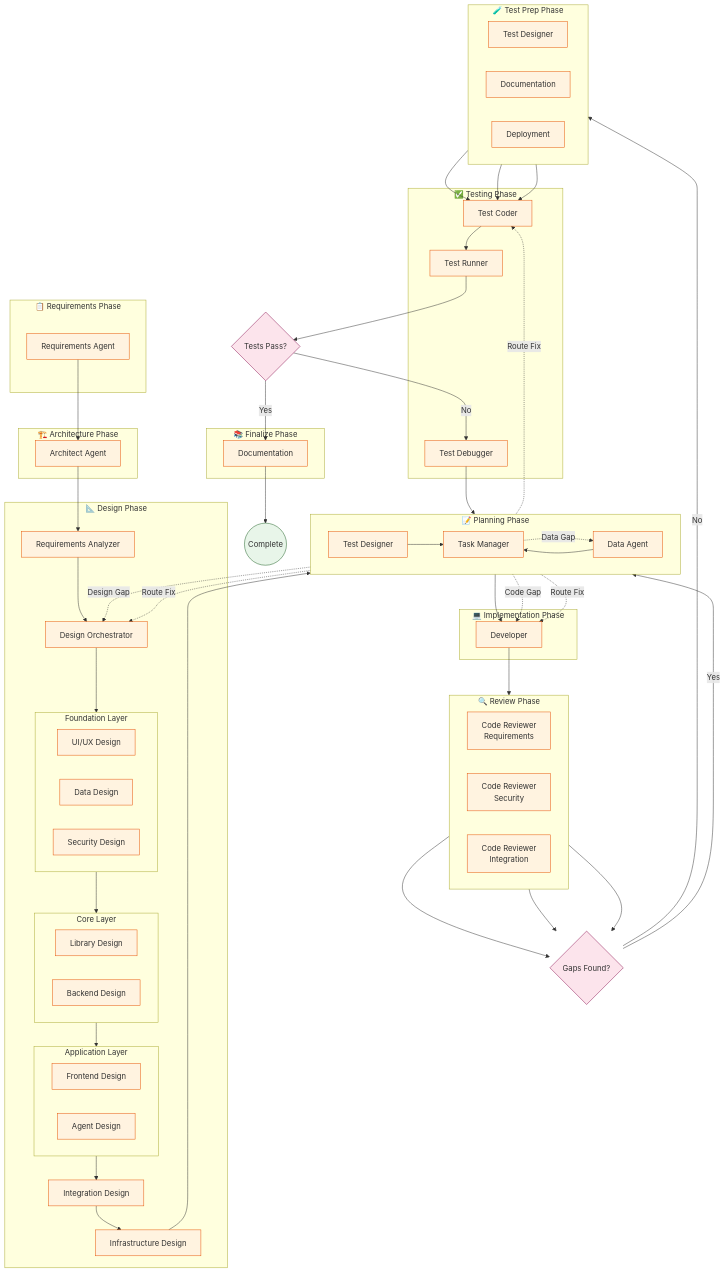
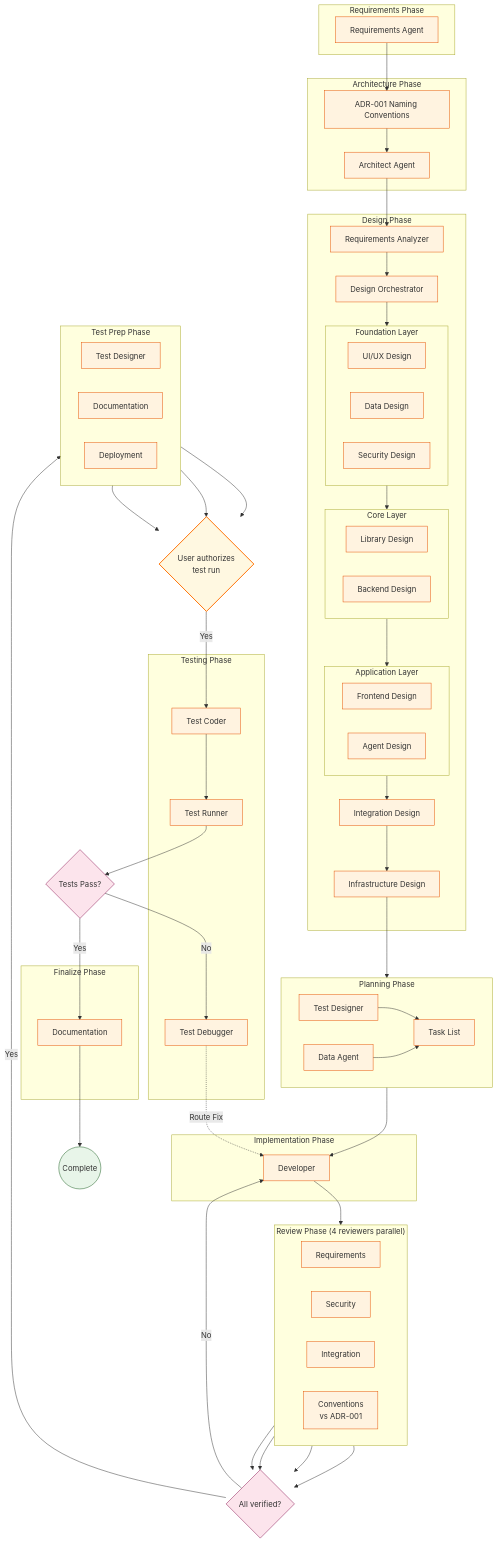
Before and after one commit to osok/claude-code-startup-large-projects: the diagram in README.md, drawn with Mermaid. The commit also changed other lines of this file and 41 other files, not shown here.

````diff
--- a/README.md
+++ b/README.md
@@ -275,14 +248,15 @@
 ```mermaid
 flowchart TB
-    subgraph Requirements["📋 Requirements Phase"]
+    subgraph Requirements["Requirements Phase"]
         REQ[Requirements Agent]
     end
 
-    subgraph Architecture["🏗️ Architecture Phase"]
+    subgraph Architecture["Architecture Phase"]
+        ADR1[ADR-001 Naming Conventions]
         ARCH[Architect Agent]
     end
 
-    subgraph Design["📐 Design Phase"]
+    subgraph Design["Design Phase"]
         RA[Requirements Analyzer]
         DO[Design Orchestrator]
 
@@ -309,43 +283,46 @@
         INFRA[Infrastructure Design]
     end
 
-    subgraph Planning["📝 Planning Phase"]
+    subgraph Planning["Planning Phase"]
         direction LR
         TD[Test Designer]
         DA[Data Agent]
-        TM[Task Manager]
+        TL[Task List]
     end
 
-    subgraph Implementation["💻 Implementation Phase"]
+    subgraph Implementation["Implementation Phase"]
         DEV[Developer]
     end
 
-    subgraph Review["🔍 Review Phase"]
+    subgraph Review["Review Phase (4 reviewers parallel)"]
         direction LR
-        CR_REQ[Code Reviewer<br/>Requirements]
-        CR_SEC[Code Reviewer<br/>Security]
-        CR_INT[Code Reviewer<br/>Integration]
+        CR_REQ[Requirements]
+        CR_SEC[Security]
+        CR_INT[Integration]
+        CR_CON[Conventions<br/>vs ADR-001]
     end
 
-    subgraph TestPrep["🧪 Test Prep Phase"]
+    subgraph TestPrep["Test Prep Phase"]
         direction LR
         TD2[Test Designer]
         DOC[Documentation]
         DEPLOY[Deployment]
     end
 
-    subgraph Testing["✅ Testing Phase"]
+    AUTHORIZE{User authorizes<br/>test run}
+
+    subgraph Testing["Testing Phase"]
         TC[Test Coder]
         TR[Test Runner]
         TDB[Test Debugger]
     end
 
-    subgraph Finalize["📚 Finalize Phase"]
+    subgraph Finalize["Finalize Phase"]
         DOC2[Documentation]
     end
 
-    %% Main Flow
-    REQ --> ARCH
+    REQ --> ADR1
+    ADR1 --> ARCH
     ARCH --> RA
     RA --> DO
     DO --> Foundation
@@ -354,33 +331,29 @@
     Application --> INT_D
     INT_D --> INFRA
     INFRA --> Planning
-    TD & DA --> TM
-    TM --> DEV
+    TD & DA --> TL
+    TL --> DEV
     DEV --> Review
-    CR_REQ & CR_SEC & CR_INT --> FIX{Gaps Found?}
-    FIX -->|Yes| TM
-    TM -.->|Design Gap| DO
-    TM -.->|Data Gap| DA
-    TM -.->|Code Gap| DEV
-    FIX -->|No| TestPrep
-    TD2 & DOC & DEPLOY --> TC
+    CR_REQ & CR_SEC & CR_INT & CR_CON --> FIX{All verified?}
+    FIX -->|No| DEV
+    FIX -->|Yes| TestPrep
+    TD2 & DOC & DEPLOY --> AUTHORIZE
+    AUTHORIZE -->|Yes| TC
     TC --> TR
     TR --> PASS{Tests Pass?}
     PASS -->|No| TDB
-    TDB --> TM
-    TM -.->|Route Fix| DEV
-    TM -.->|Route Fix| TC
-    TM -.->|Route Fix| DO
+    TDB -.->|Route Fix| DEV
     PASS -->|Yes| DOC2
     DOC2 --> DONE((Complete))
 
-    %% Styling
     classDef phase fill:#e1f5fe,stroke:#01579b
     classDef agent fill:#fff3e0,stroke:#e65100
     classDef decision fill:#fce4ec,stroke:#880e4f
+    classDef gate fill:#fff8e1,stroke:#ff6f00,stroke-width:2px
     classDef done fill:#e8f5e9,stroke:#1b5e20
 
-    class REQ,ARCH,RA,DO,UIUX,DATA_D,SEC_D,LIB,BACK,FRONT,AGENT_D,INT_D,INFRA,TD,DA,TM,DEV,CR_REQ,CR_SEC,CR_INT,TD2,DOC,DEPLOY,TC,TR,TDB,DOC2 agent
+    class REQ,ADR1,ARCH,RA,DO,UIUX,DATA_D,SEC_D,LIB,BACK,FRONT,AGENT_D,INT_D,INFRA,TD,DA,TL,DEV,CR_REQ,CR_SEC,CR_INT,CR_CON,TD2,DOC,DEPLOY,TC,TR,TDB,DOC2 agent
     class FIX,PASS decision
+    class AUTHORIZE gate
     class DONE done
 ```
````
